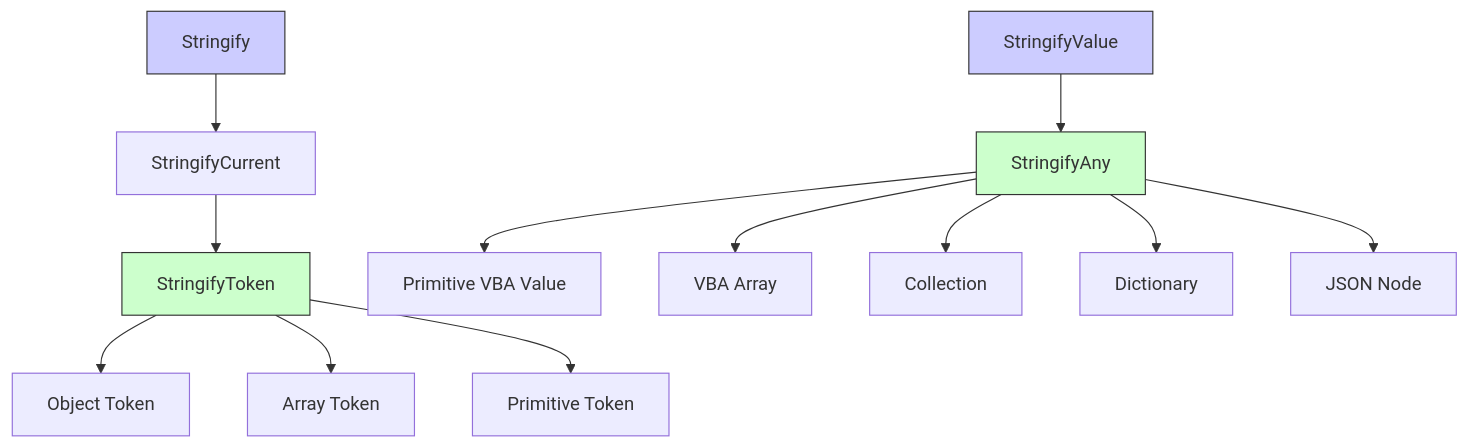
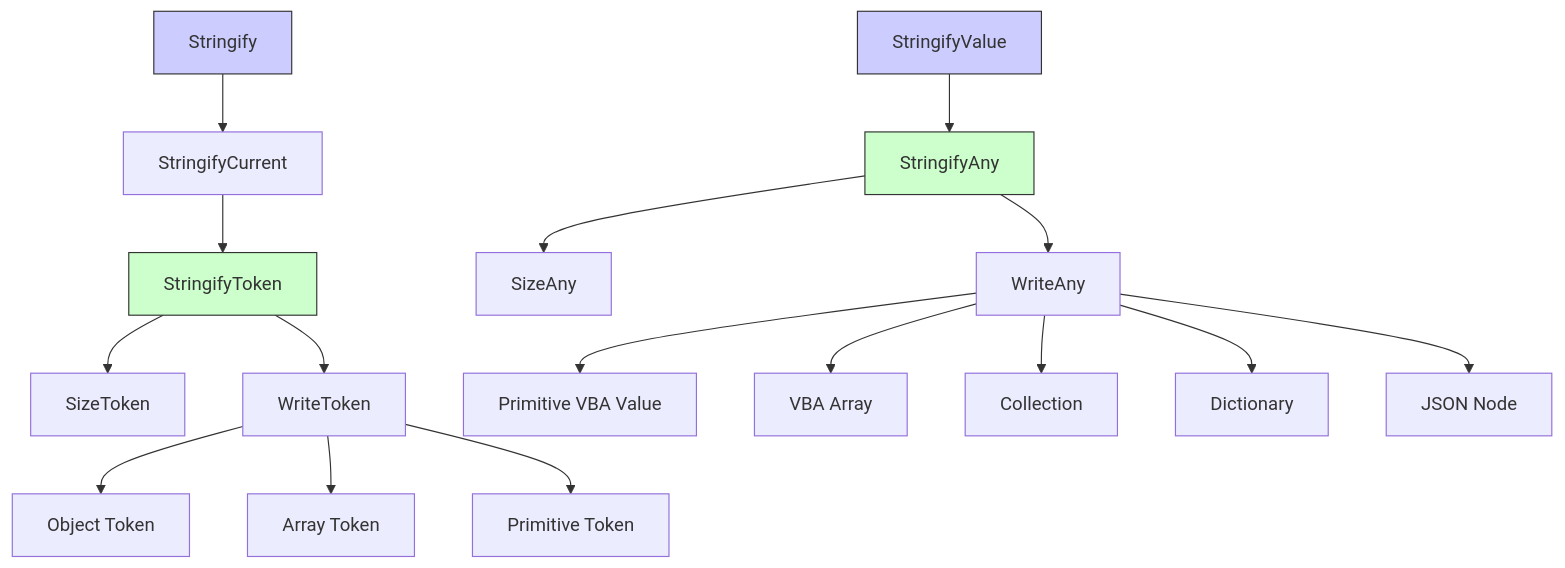
Before and after one commit to Eschamali/StarterWebScrapingKit: the fifth of 5 diagrams in docs/ARCHITECTURE.md, drawn with Mermaid. The commit also changed other lines of this file and 1 other file, not shown here.

Commit message:
Optimize JSON stringify writer

````diff
--- a/docs/ARCHITECTURE.md
+++ b/docs/ARCHITECTURE.md
@@ -998,20 +998,24 @@
 ```mermaid
 graph TD
     A["Stringify"] --> B["StringifyCurrent"]
     B --> C["StringifyToken"]
-    C --> D["Object Token"]
-    C --> E["Array Token"]
-    C --> F["Primitive Token"]
+    C --> D["SizeToken"]
+    C --> E["WriteToken"]
+    E --> F["Object Token"]
+    E --> G["Array Token"]
+    E --> H["Primitive Token"]
 
-    G["StringifyValue"] --> H["StringifyAny"]
-    H --> I["Primitive VBA Value"]
-    H --> J["VBA Array"]
-    H --> K["Collection"]
-    H --> L["Dictionary"]
-    H --> M["JSON Node"]
+    I["StringifyValue"] --> J["StringifyAny"]
+    J --> K["SizeAny"]
+    J --> L["WriteAny"]
+    L --> M["Primitive VBA Value"]
+    L --> N["VBA Array"]
+    L --> O["Collection"]
+    L --> P["Dictionary"]
+    L --> Q["JSON Node"]
 
     style A fill:#ccf,stroke:#333
-    style G fill:#ccf,stroke:#333
+    style I fill:#ccf,stroke:#333
     style C fill:#cfc,stroke:#333
-    style H fill:#cfc,stroke:#333
+    style J fill:#cfc,stroke:#333
 ```
````
